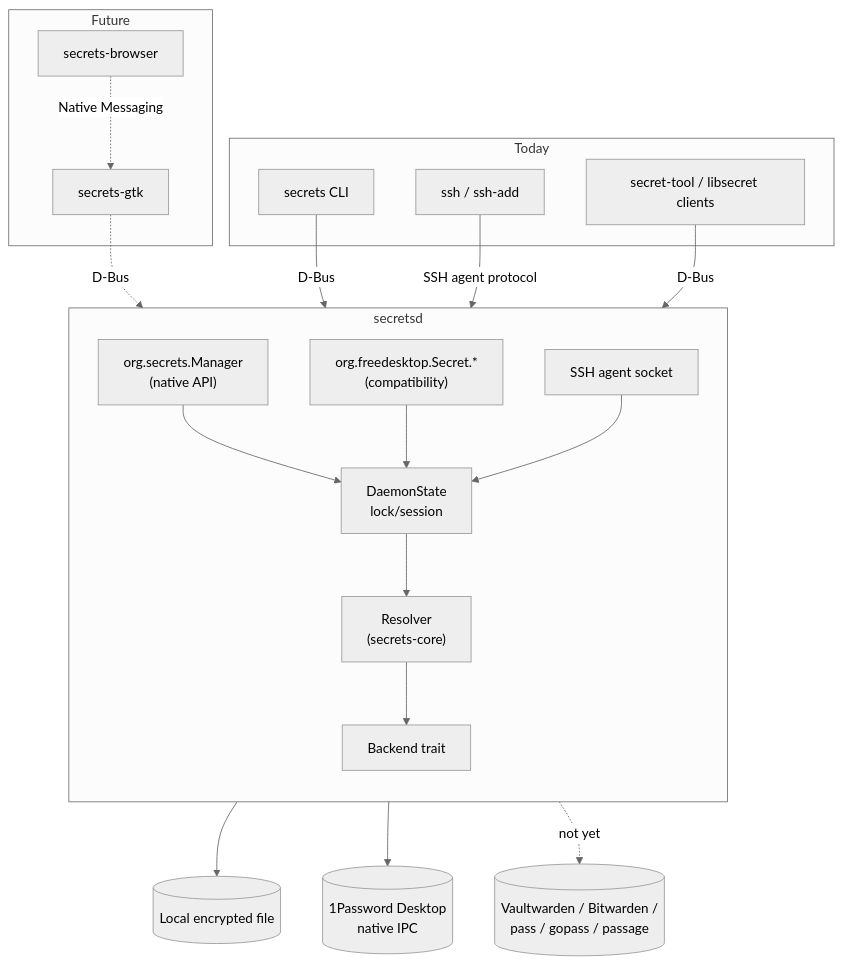
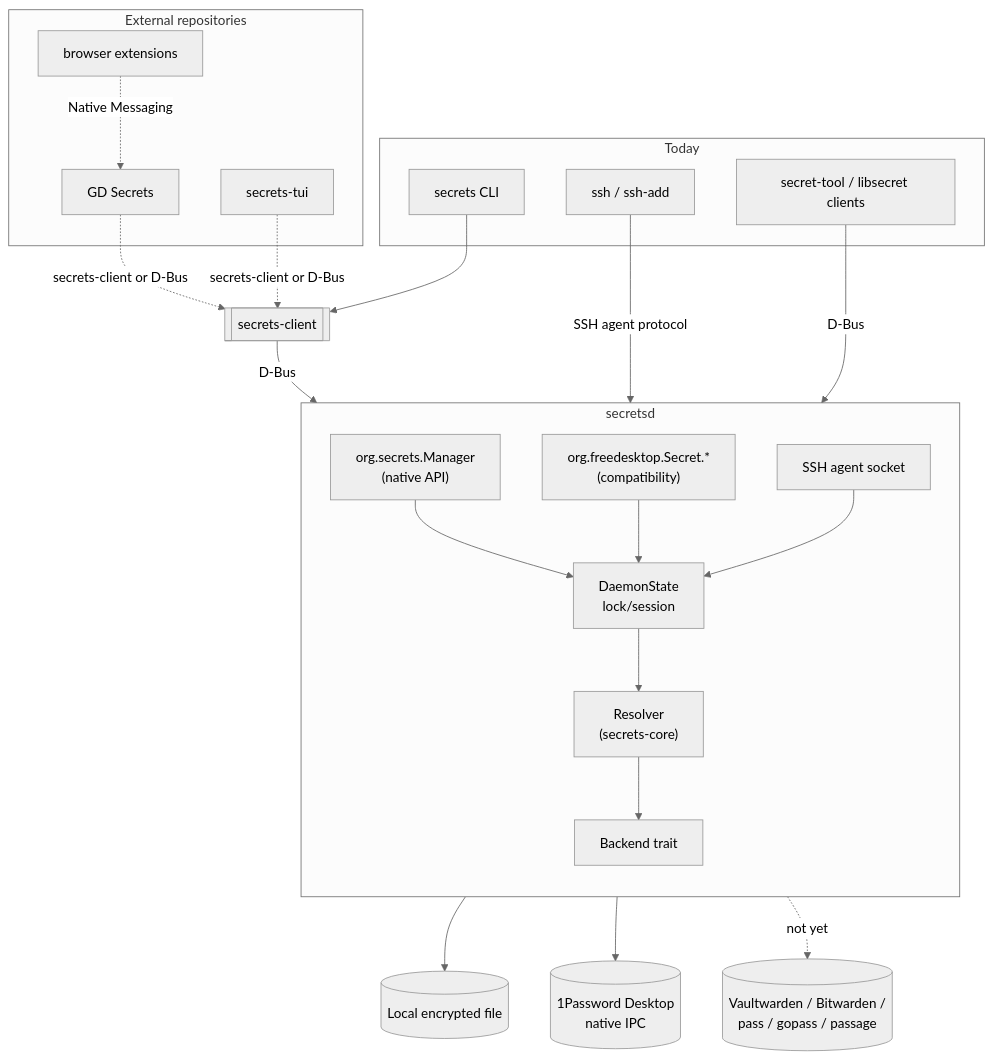
The diagram in docs/architecture/overview.md (noirbizarre/secrets), drawn with Mermaid (neutral theme) before and after one commit. The commit also changed other lines of this file and 1 other file, not shown here.

First line of the commit message:
docs: document secrets ecosystem architecture

````diff
--- a/docs/architecture/overview.md
+++ b/docs/architecture/overview.md
@@ -9,42 +9,47 @@
 ```mermaid
 flowchart TB
     subgraph Today
         cli[secrets CLI]
         ssh[ssh / ssh-add]
         st[secret-tool / libsecret clients]
     end
 
-    subgraph Future
-        gtk[secrets-gtk]
-        browser[secrets-browser]
+    subgraph ext["External repositories"]
+        gtk["GD Secrets"]
+        tui[secrets-tui]
+        browser[browser extensions]
     end
+
+    client[[secrets-client]]
 
     subgraph secretsd
         direction TB
         manager["org.secrets.Manager\n(native API)"]
         ss["org.freedesktop.Secret.*\n(compatibility)"]
         agent[SSH agent socket]
         state[DaemonState\nlock/session]
         resolver["Resolver<br/>(secrets-core)"]
         backend[Backend trait]
     end
 
     local[(Local encrypted file)]
     onepassword[(1Password Desktop<br/>native IPC)]
     future[(Vaultwarden / Bitwarden /<br/>pass / gopass / passage)]
 
-    cli -- D-Bus --> manager
-    gtk -. D-Bus .-> manager
+    cli --> client
+    gtk -. secrets-client or D-Bus .-> client
+    tui -. secrets-client or D-Bus .-> client
     browser -. Native Messaging .-> gtk
+    client -- D-Bus --> manager
     ssh -- SSH agent protocol --> agent
     st -- D-Bus --> ss
 
     manager --> state
     ss --> state
     agent --> state
     state --> resolver
     resolver --> backend
     backend --> local
     backend --> onepassword
     backend -. not yet .-> future
 ```
````
